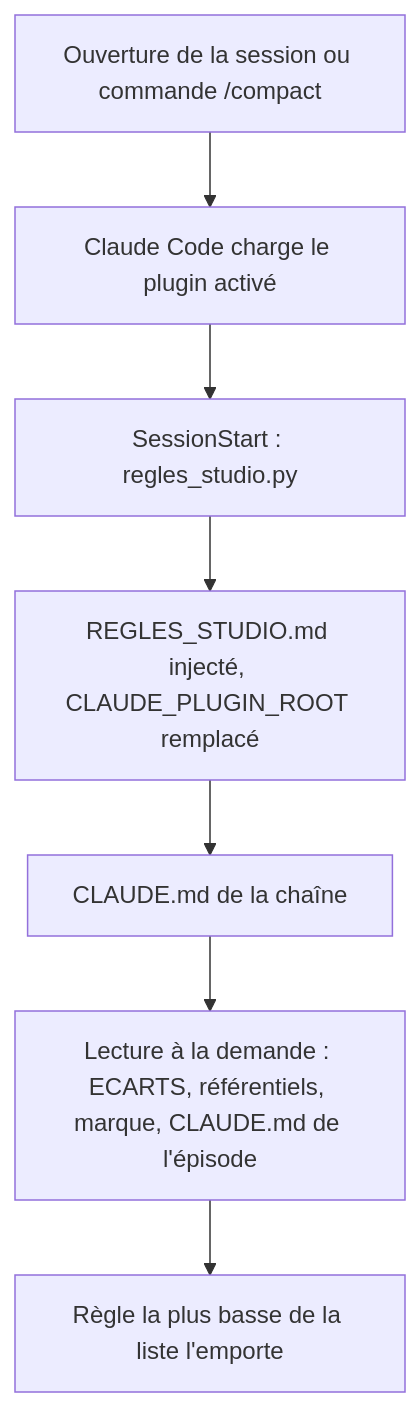
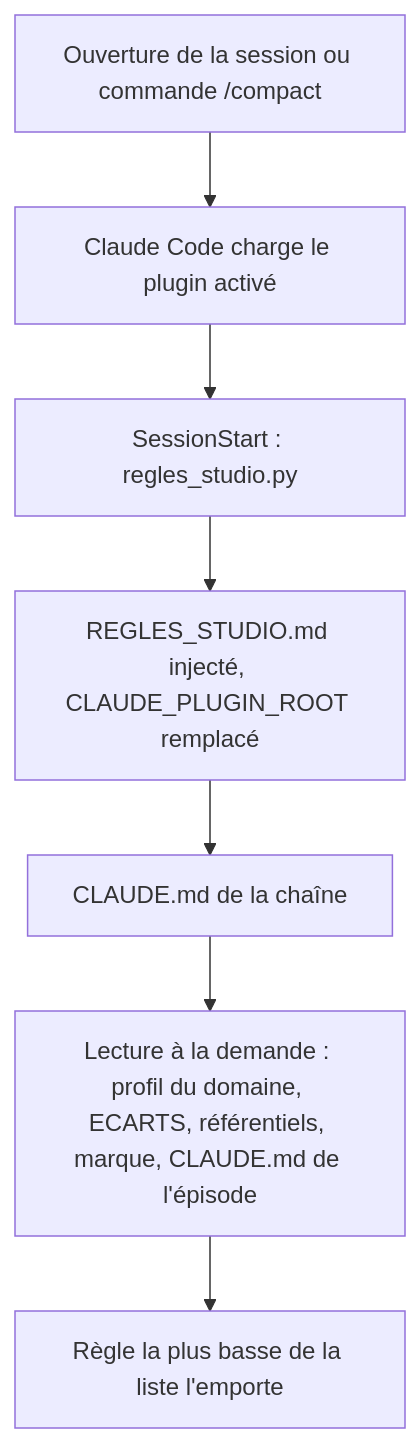
The first of 3 diagrams in docs/workflows/session-et-garde-fou.md (hichamsbihi/studio-faceless), drawn with Mermaid before and after one commit. The commit also changed other lines of this file and 180 other files, not shown here.

````diff
--- a/docs/workflows/session-et-garde-fou.md
+++ b/docs/workflows/session-et-garde-fou.md
@@ -143,9 +146,9 @@
 ```mermaid
 flowchart TD
     A["Ouverture de la session ou commande /compact"] --> B[Claude Code charge le plugin activé]
     B --> C[SessionStart : regles_studio.py]
     C --> D[REGLES_STUDIO.md injecté, CLAUDE_PLUGIN_ROOT remplacé]
     D --> E[CLAUDE.md de la chaîne]
-    E --> F[Lecture à la demande : ECARTS, référentiels, marque, CLAUDE.md de l'épisode]
+    E --> F[Lecture à la demande : profil du domaine, ECARTS, référentiels, marque, CLAUDE.md de l'épisode]
     F --> G[Règle la plus basse de la liste l'emporte]
 ```
````
